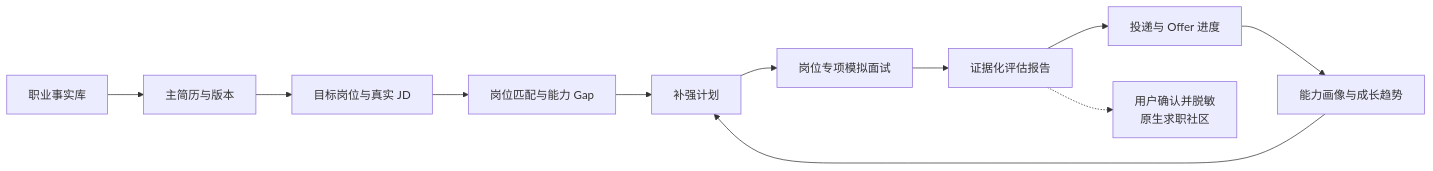
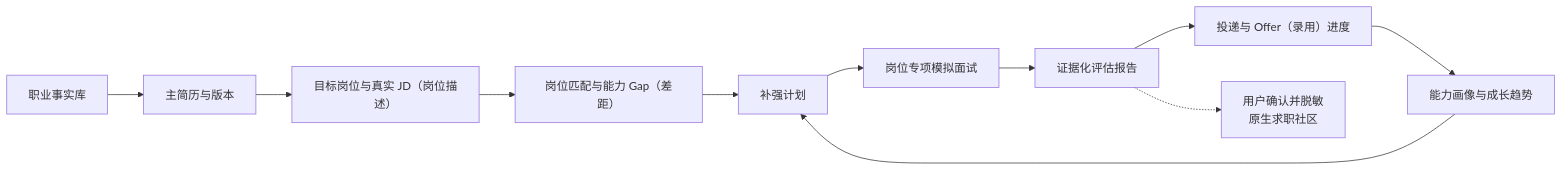
One commit to 6Asmile/AI_interview changed the first of 5 diagrams in README.md. Above: the diagram before and after it, drawn with Mermaid. The commit also changed other lines of this file and 91 other files, not shown here.

````diff
--- a/README.md
+++ b/README.md
@@ -18,13 +28,13 @@
 ```mermaid
 flowchart LR
     FACT["职业事实库"] --> RESUME["主简历与版本"]
-    RESUME --> JOB["目标岗位与真实 JD"]
-    JOB --> MATCH["岗位匹配与能力 Gap"]
+    RESUME --> JOB["目标岗位与真实 JD（岗位描述）"]
+    JOB --> MATCH["岗位匹配与能力 Gap（差距）"]
     MATCH --> PLAN["补强计划"]
     PLAN --> INTERVIEW["岗位专项模拟面试"]
     INTERVIEW --> REPORT["证据化评估报告"]
-    REPORT --> APPLY["投递与 Offer 进度"]
+    REPORT --> APPLY["投递与 Offer（录用）进度"]
     APPLY --> PROFILE["能力画像与成长趋势"]
     PROFILE --> PLAN
     REPORT -.-> COMMUNITY["用户确认并脱敏<br/>原生求职社区"]
 ```
````
